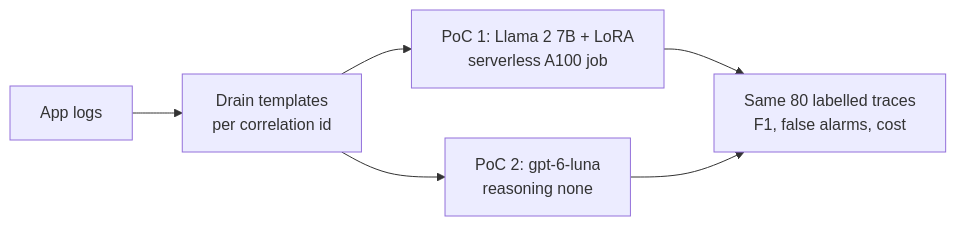
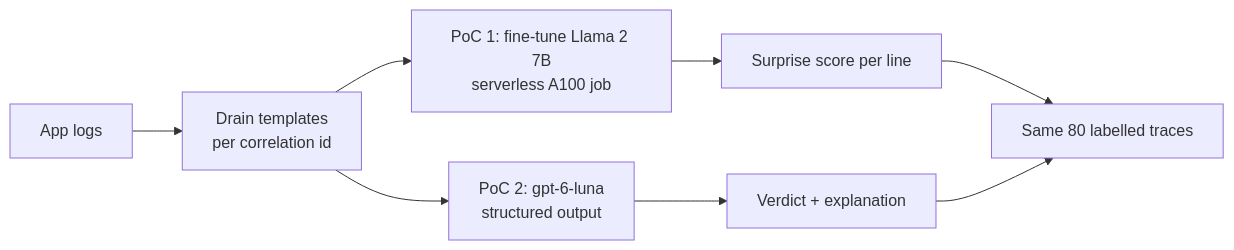
The first of 3 diagrams in README.md (AliRezaFarahnak-Customer-Demos/log-anomaly-gpu-vs-llm-poc), drawn with Mermaid before and after one commit. The commit also changed other lines of this file, not shown here.

Commit message:
README: the two customer questions, what the rehearsal shows, real-time cost

````diff
--- a/README.md
+++ b/README.md
@@ -9,8 +19,10 @@
 ```mermaid
 flowchart LR
     logs["App logs"] --> drain["Drain templates<br/>per correlation id"]
-    drain --> p1["PoC 1: Llama 2 7B + LoRA<br/>serverless A100 job"]
-    drain --> p2["PoC 2: gpt-6-luna<br/>reasoning none"]
-    p1 --> score["Same 80 labelled traces<br/>F1, false alarms, cost"]
-    p2 --> score
+    drain --> p1["PoC 1: fine-tune Llama 2 7B<br/>serverless A100 job"]
+    drain --> p2["PoC 2: gpt-6-luna<br/>structured output"]
+    p1 --> s1["Surprise score per line"]
+    p2 --> s2["Verdict + explanation"]
+    s1 --> eval["Same 80 labelled traces"]
+    s2 --> eval
 ```
````
